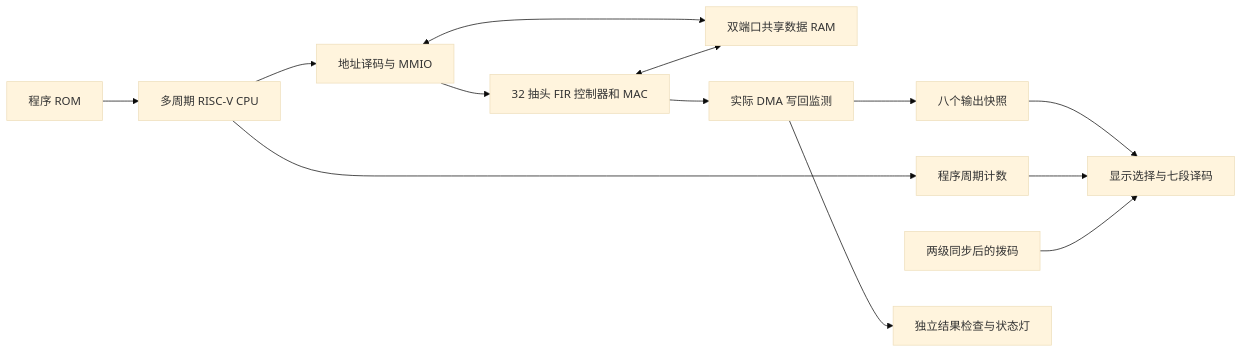
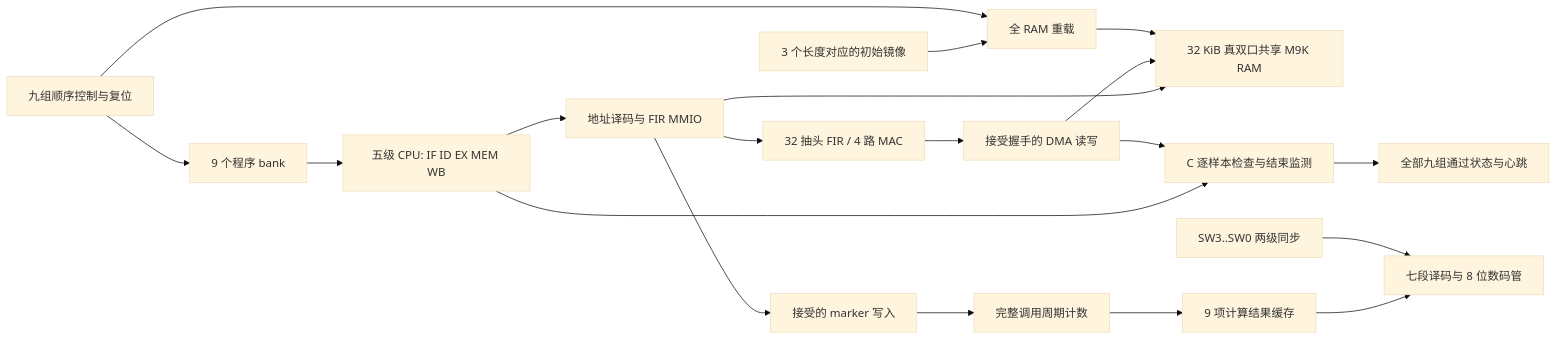
One commit to yzm3341821990-boop/riscv-fir-soc changed the diagram in docs/architecture.md. Above: the diagram before and after it, drawn with Mermaid (base theme). The commit also changed other lines of this file and 454 other files, not shown here.

Commit message:
Publish pipeline CPU, parallel FIR and reproducible benchmark results

````diff
--- a/docs/architecture.md
+++ b/docs/architecture.md
@@ -5,15 +5,21 @@
 ```mermaid
 flowchart LR
-    ROM[程序 ROM] --> CPU[多周期 RISC-V CPU]
-    CPU --> BUS[地址译码与 MMIO]
-    BUS --> FIR[32 抽头 FIR 控制器和 MAC]
-    BUS <--> RAM[双端口共享数据 RAM]
-    FIR <--> RAM
-    FIR --> MON[实际 DMA 写回监测]
-    CPU --> COUNT[程序周期计数]
-    MON --> SNAP[八个输出快照]
-    SNAP --> HEX[显示选择与七段译码]
-    COUNT --> HEX
-    SW[两级同步后的拨码] --> HEX
-    MON --> CHECK[独立结果检查与状态灯]
+    SEQ[九组顺序控制与复位] --> ROM[9 个程序 bank]
+    ROM --> CPU[五级 CPU: IF ID EX MEM WB]
+    CPU --> BUS[地址译码与 FIR MMIO]
+    BUS --> RAM[32 KiB 真双口共享 M9K RAM]
+    BUS --> FIR[32 抽头 FIR / 4 路 MAC]
+    FIR --> DMA[接受握手的 DMA 读写]
+    DMA --> RAM
+    SEED[3 个长度对应的初始镜像] --> LOAD[全 RAM 重载]
+    LOAD --> RAM
+    SEQ --> LOAD
+    BUS --> MARK[接受的 marker 写入]
+    MARK --> TIMER[完整调用周期计数]
+    TIMER --> CACHE[9 项计算结果缓存]
+    CACHE --> HEX[七段译码与 8 位数码管]
+    SW[SW3..SW0 两级同步] --> HEX
+    CPU --> CHECK[C 逐样本检查与结束监测]
+    DMA --> CHECK
+    CHECK --> LED[全部九组通过状态与心跳]
 ```
````
